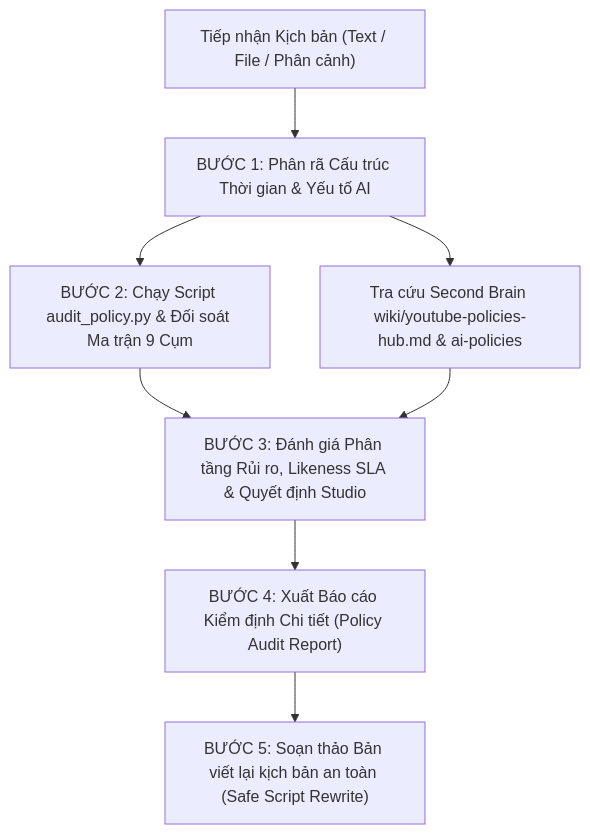
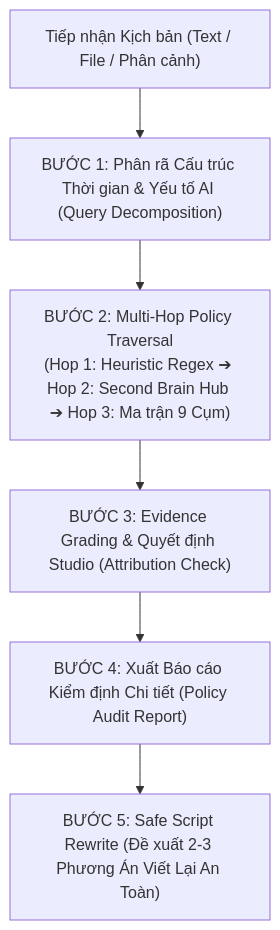
The diagram in plugins/marketing/skills/check-youtube-policy/SKILL.md (sumita-dev/Antigravity-Harness-HuB), drawn with Mermaid before and after one commit. The commit also changed other lines of this file and 10 other files, not shown here.

Commit message:
feat(skills): integrate Google Agentic RAG architecture across all harness skill domains

````diff
--- a/plugins/marketing/skills/check-youtube-policy/SKILL.md
+++ b/plugins/marketing/skills/check-youtube-policy/SKILL.md
@@ -57,10 +57,8 @@
 ```mermaid
 flowchart TD
-    A["Tiếp nhận Kịch bản (Text / File / Phân cảnh)"] --> B["BƯỚC 1: Phân rã Cấu trúc Thời gian & Yếu tố AI"]
-    B --> C["BƯỚC 2: Chạy Script audit_policy.py & Đối soát Ma trận 9 Cụm"]
-    B --> C2["Tra cứu Second Brain wiki/youtube-policies-hub.md & ai-policies"]
-    C --> D["BƯỚC 3: Đánh giá Phân tầng Rủi ro, Likeness SLA & Quyết định Studio"]
-    C2 --> D
+    A["Tiếp nhận Kịch bản (Text / File / Phân cảnh)"] --> B["BƯỚC 1: Phân rã Cấu trúc Thời gian & Yếu tố AI (Query Decomposition)"]
+    B --> C["BƯỚC 2: Multi-Hop Policy Traversal<br/>(Hop 1: Heuristic Regex ➔ Hop 2: Second Brain Hub ➔ Hop 3: Ma trận 9 Cụm)"]
+    C --> D["BƯỚC 3: Evidence Grading & Quyết định Studio (Attribution Check)"]
     D --> E["BƯỚC 4: Xuất Báo cáo Kiểm định Chi tiết (Policy Audit Report)"]
-    E --> F["BƯỚC 5: Soạn thảo Bản viết lại kịch bản an toàn (Safe Script Rewrite)"]
+    E --> F["BƯỚC 5: Safe Script Rewrite (Đề xuất 2-3 Phương Án Viết Lại An Toàn)"]
 ```
````
